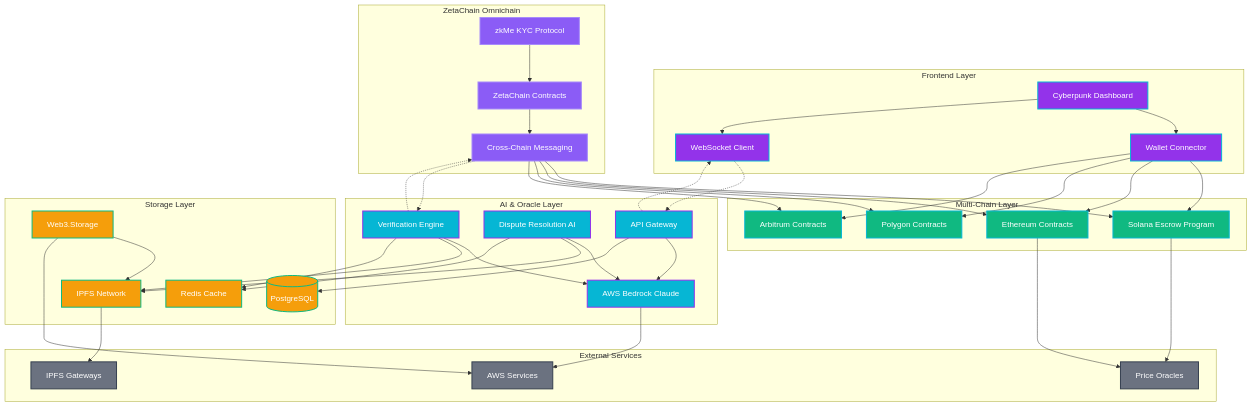
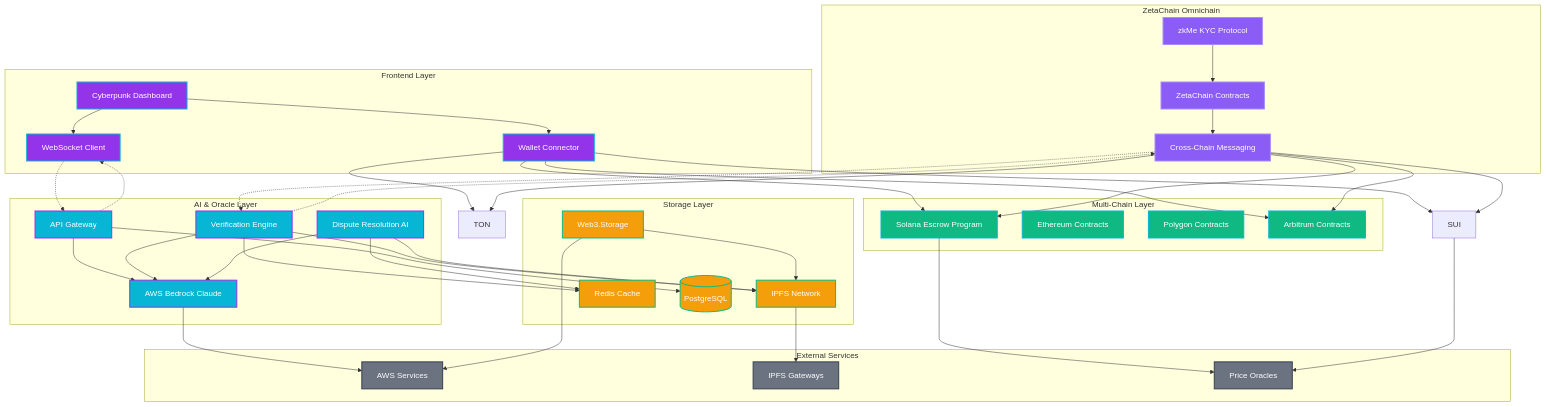
The diagram in design/architecture.mdx (De-real-iManuel/aetherlock-docs), drawn with Mermaid before and after one commit. The commit also changed 8 other files, not shown here.

```diff
--- a/design/architecture.mdx
+++ b/design/architecture.mdx
@@ -47,16 +47,16 @@
     UI --> WC
     UI --> WS
     WC --> SOL
-    WC --> ETH
-    WC --> POLY
+    WC --> SUI
+    WC --> TON
     WC --> ARB
     
     %% ZetaChain connections
     ZC --> CCM
     zkMe --> ZC
     CCM --> SOL
-    CCM --> ETH
-    CCM --> POLY
+    CCM --> SUI
+    CCM --> TON
     CCM --> ARB
     
     %% AI Layer connections
@@ -77,7 +77,7 @@
     BR --> AWS
     W3S --> AWS
     SOL --> ORACLES
-    ETH --> ORACLES
+    SUI --> ORACLES
     
     %% WebSocket connections
     WS -.-> API
```
